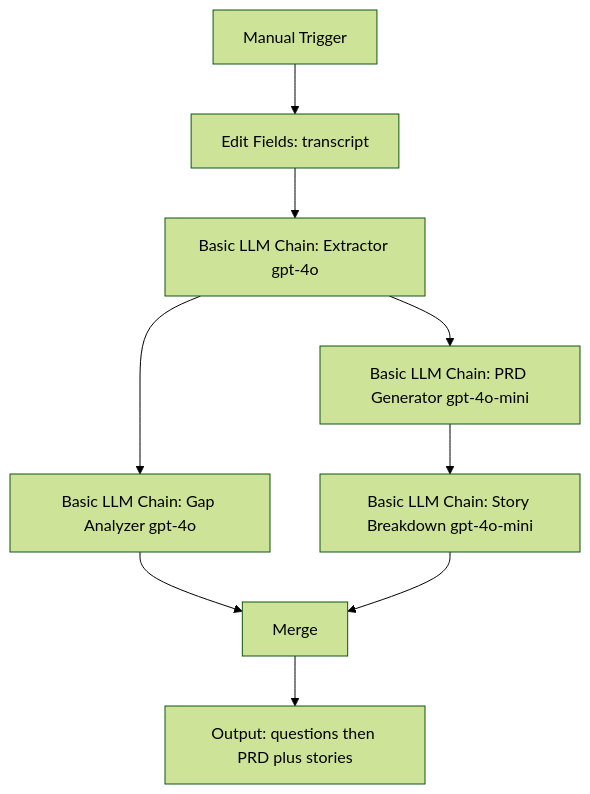
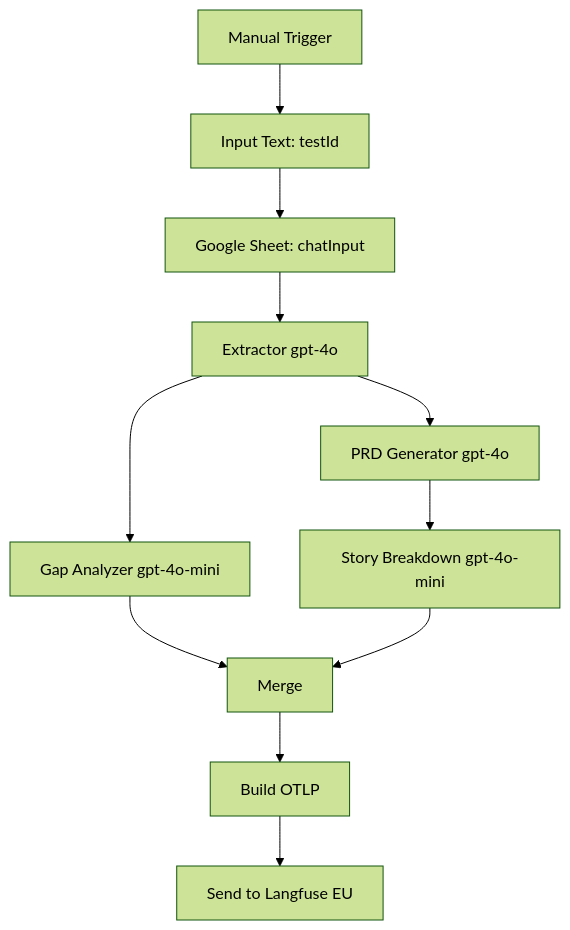
The diagram in design/orchestration-notes.md (Senthilsivam41/ik-capstone-prd-genie), drawn with Mermaid (forest theme) before and after one commit. The commit also changed other lines of this file and 26 other files, not shown here.

````diff
--- a/design/orchestration-notes.md
+++ b/design/orchestration-notes.md
@@ -56,11 +66,13 @@
 ```mermaid
 flowchart TD
-  T[Manual Trigger] --> S[Edit Fields: transcript]
-  S --> E[Basic LLM Chain: Extractor gpt-4o]
-  E --> G[Basic LLM Chain: Gap Analyzer gpt-4o]
-  E --> P[Basic LLM Chain: PRD Generator gpt-4o-mini]
-  P --> ST[Basic LLM Chain: Story Breakdown gpt-4o-mini]
+  T[Manual Trigger] --> S[Input Text: testId]
+  S --> SH[Google Sheet: chatInput]
+  SH --> E[Extractor gpt-4o]
+  E --> G[Gap Analyzer gpt-4o-mini]
+  E --> P[PRD Generator gpt-4o]
+  P --> ST[Story Breakdown gpt-4o-mini]
   G --> M[Merge]
   ST --> M
-  M --> O[Output: questions then PRD plus stories]
+  M --> B[Build OTLP]
+  B --> L[Send to Langfuse EU]
 ```
````
